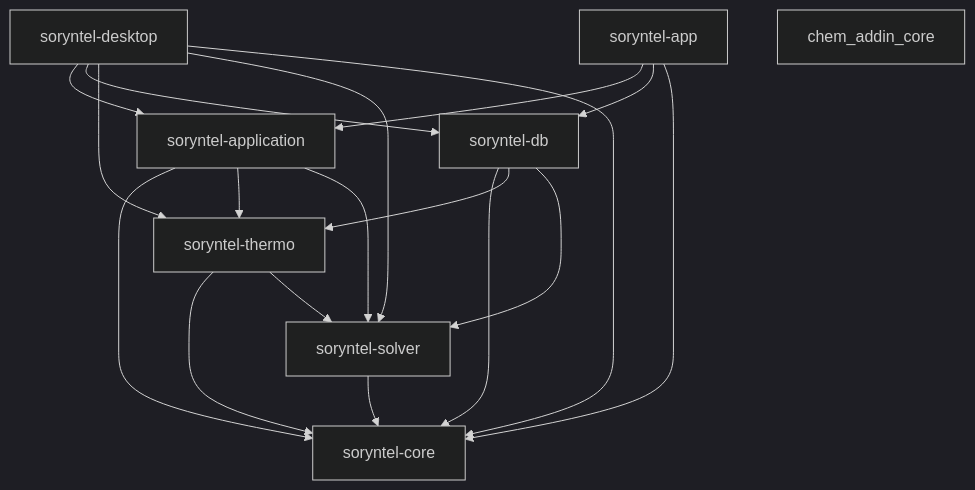
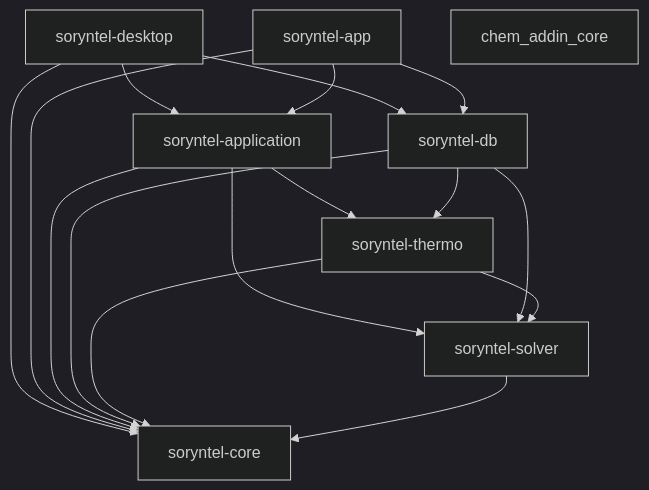
Before and after one commit to jhulio435m/Soryntel-Chemistry: the diagram in soryntel/docs/architecture/README.md, drawn with Mermaid (dark theme). The commit also changed other lines of this file and 37 other files, not shown here.

First line of the commit message:
Desacoplar soryntel-desktop de soryntel-thermo y soryntel-solver

````diff
--- a/soryntel/docs/architecture/README.md
+++ b/soryntel/docs/architecture/README.md
@@ -9,21 +9,19 @@
 ```mermaid
 graph TD
     Desktop["soryntel-desktop"] --> App["soryntel-application"]
     Desktop --> DB["soryntel-db"]
-    Desktop --> Thermo["soryntel-thermo"]
-    Desktop --> Solver["soryntel-solver"]
     Desktop --> Core["soryntel-core"]
     CLI["soryntel-app"] --> App
     CLI --> DB
     CLI --> Core
     App --> Core
-    App --> Thermo
-    App --> Solver
+    App --> Thermo["soryntel-thermo"]
+    App --> Solver["soryntel-solver"]
     DB --> Core
     DB --> Thermo
     DB --> Solver
     Thermo --> Core
     Thermo --> Solver
     Solver --> Core
     Addin["chem_addin_core"]
 ```
````
